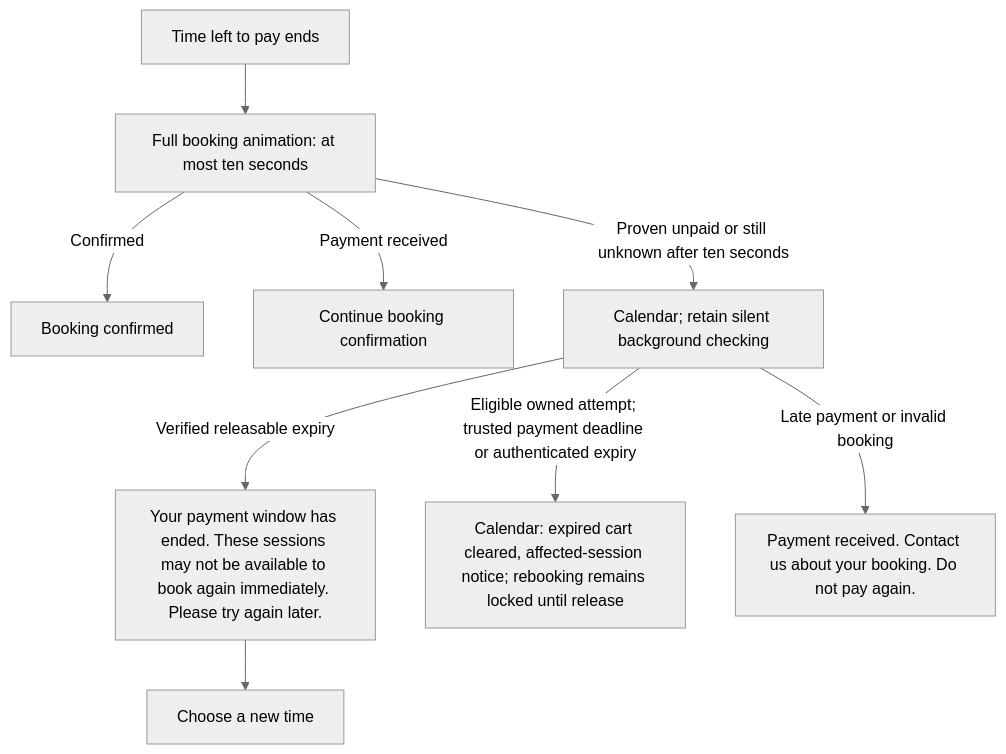
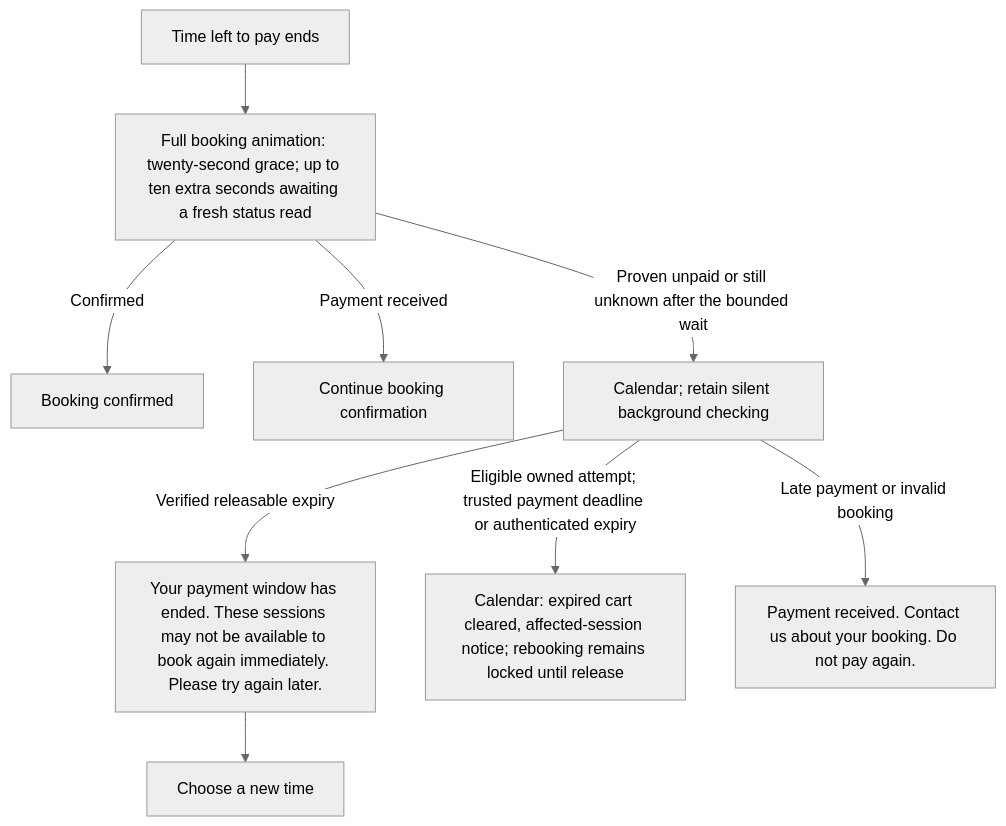
Before and after one commit to soccerbotstudiosg/soccerbotstudioSG: diagram 13 of 19 in docs/booking-flows.md, drawn with Mermaid (neutral theme). The commit also changed other lines of this file and 15 other files, not shown here.

````diff
--- a/docs/booking-flows.md
+++ b/docs/booking-flows.md
@@ -228,11 +228,11 @@
 ```mermaid
 flowchart TD
-  A["Time left to pay ends"] --> W["Full booking animation: at most ten seconds"]
+  A["Time left to pay ends"] --> W["Full booking animation: twenty-second grace; up to ten extra seconds awaiting a fresh status read"]
   W -->|Confirmed| H["Booking confirmed"]
   W -->|Payment received| P["Continue booking confirmation"]
-  W -->|Proven unpaid or still unknown after ten seconds| B["Calendar; retain silent background checking"]
+  W -->|Proven unpaid or still unknown after the bounded wait| B["Calendar; retain silent background checking"]
   B -->|Verified releasable expiry| C["Your payment window has ended. These sessions may not be available to book again immediately. Please try again later."]
   B -->|Eligible owned attempt; trusted payment deadline or authenticated expiry| D["Calendar: expired cart cleared, affected-session notice; rebooking remains locked until release"]
   B -->|Late payment or invalid booking| E["Payment received. Contact us about your booking. Do not pay again."]
   C --> F["Choose a new time"]
 ```
````
